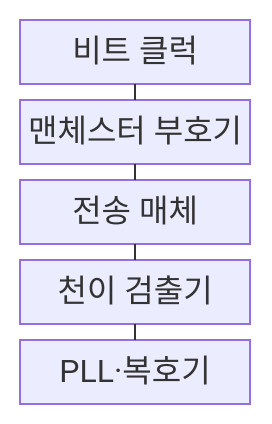
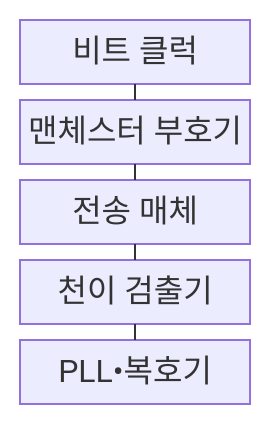
Before and after one commit to agnusdei1207/knowledge-base: the first of 2 diagrams in src/content/docs/notes/04-network/068_manchester_encoding.md, drawn with Mermaid. The commit also changed other lines of this file and 953 other files, not shown here.

````diff
--- a/src/content/docs/notes/04-network/068_manchester_encoding.md
+++ b/src/content/docs/notes/04-network/068_manchester_encoding.md
@@ -65,13 +65,13 @@
 ```mermaid
 block-beta
     columns 1
     A["비트 클럭"]
     B["맨체스터 부호기"]
     C["전송 매체"]
     D["천이 검출기"]
-    E["PLL·복호기"]
+    E["PLL•복호기"]
     A --- B
     B --- C
     C --- D
     D --- E
 ```
````
